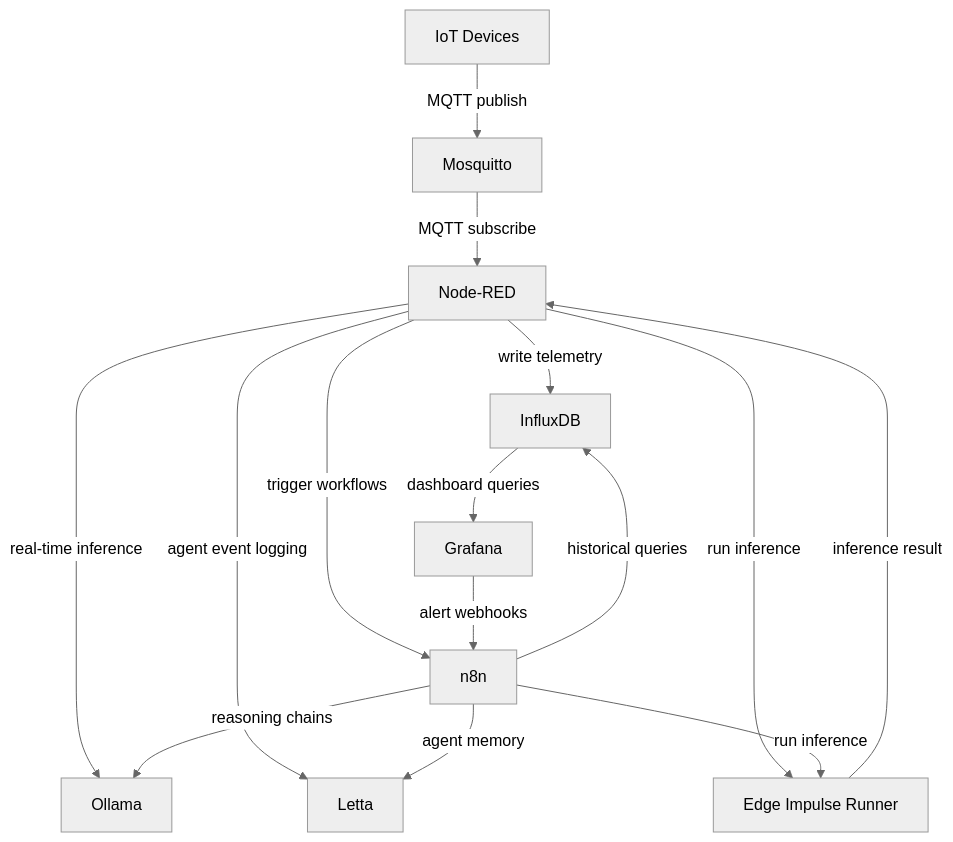
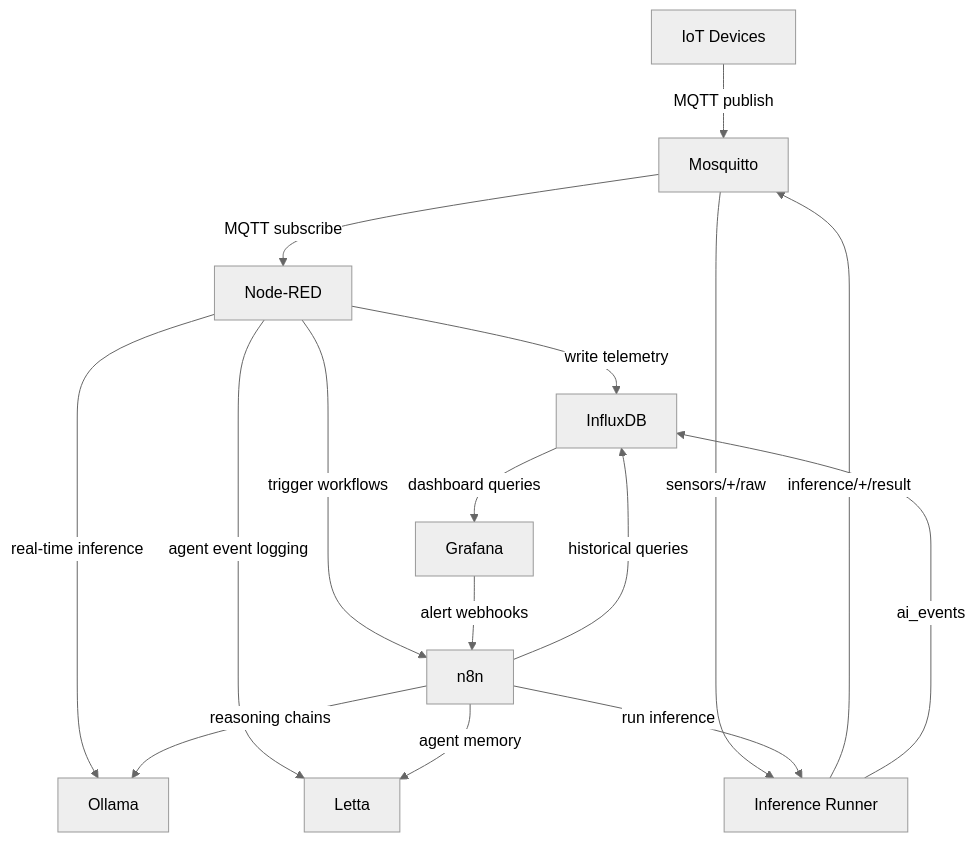
The second of 2 diagrams in README.md (raisga/p4n4-docs), drawn with Mermaid (neutral theme) before and after one commit. The commit also changed other lines of this file and 13 other files, not shown here.

Commit message:
docs: sync docs with api, dashboard, edge runner changes

````diff
--- a/README.md
+++ b/README.md
@@ -94,27 +96,28 @@
 ```mermaid
 graph TD
     devices["IoT Devices"]
     mosquitto["Mosquitto"]
     nodered["Node-RED"]
     influxdb["InfluxDB"]
     ollama["Ollama"]
     letta["Letta"]
     wf["n8n"]
     grafana["Grafana"]
-    ei["Edge Impulse Runner"]
+    ei["Inference Runner"]
 
     devices   -->|MQTT publish| mosquitto
     mosquitto -->|MQTT subscribe| nodered
     nodered   -->|write telemetry| influxdb
     nodered   -->|real-time inference| ollama
     nodered   -->|agent event logging| letta
     nodered   -->|trigger workflows| wf
-    nodered   -->|run inference| ei
+    mosquitto -->|sensors/+/raw| ei
     wf        -->|historical queries| influxdb
     wf        -->|reasoning chains| ollama
     wf        -->|agent memory| letta
     wf        -->|run inference| ei
-    ei        -->|inference result| nodered
+    ei        -->|inference/+/result| mosquitto
+    ei        -->|ai_events| influxdb
     influxdb  -->|dashboard queries| grafana
     grafana   -->|alert webhooks| wf
 ```
````
